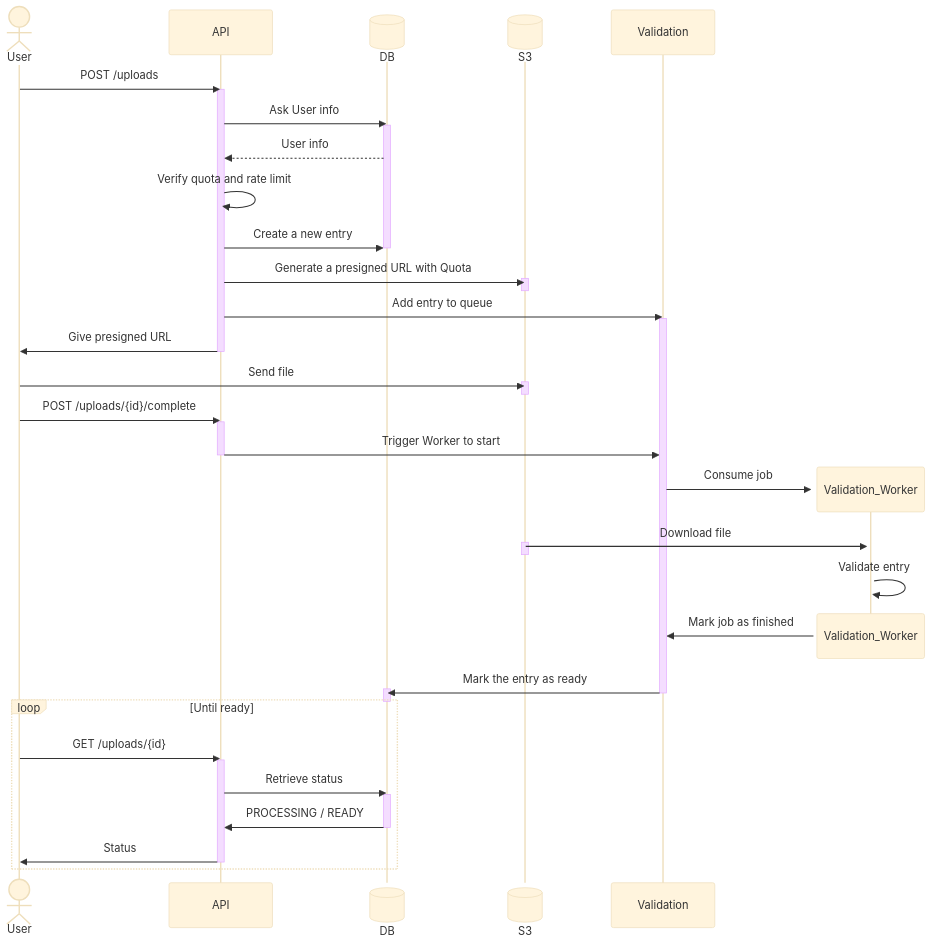
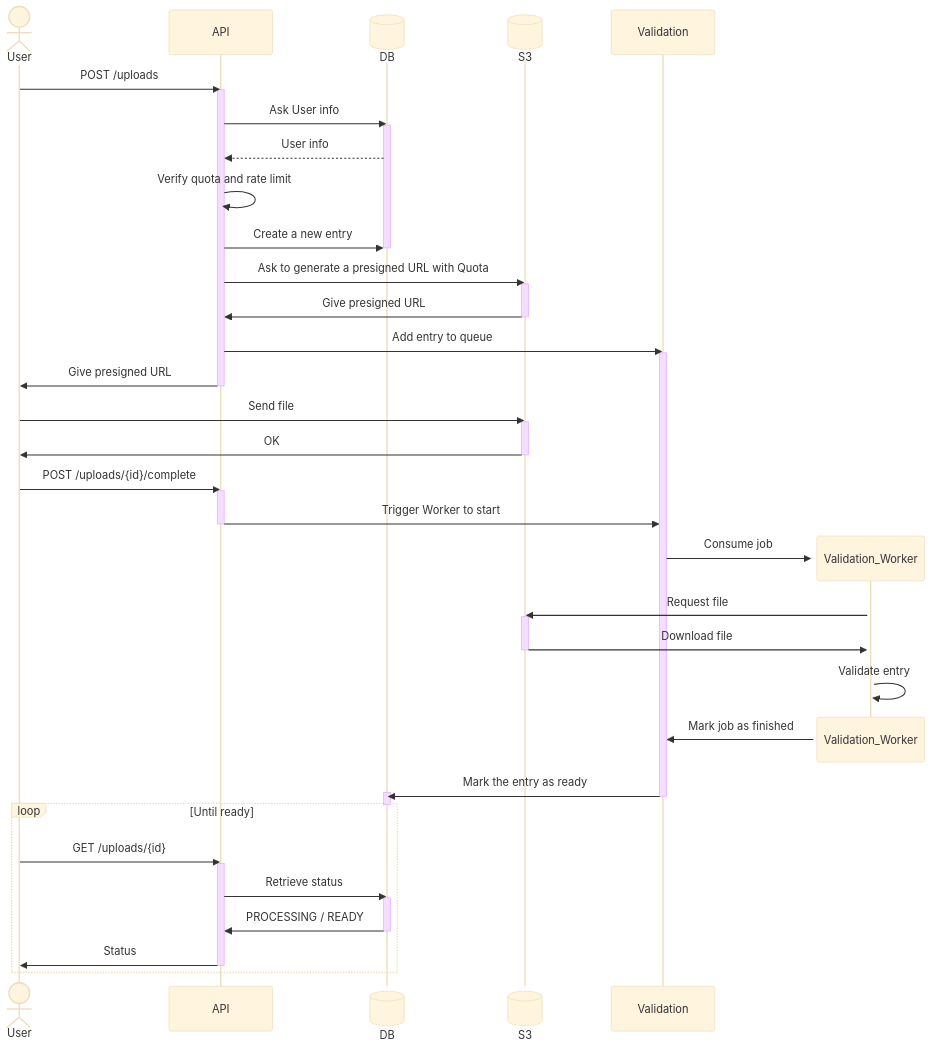
One commit to Raiders-io/Transcendence changed the second of 2 diagrams in ObjectStorage/Arch/arch.md. Above: the diagram before and after it, drawn with Mermaid (base theme). The commit also changed 1 other file, not shown here.

Commit message:
feat: add lesson.md and updated arch.md

````diff
--- a/ObjectStorage/Arch/arch.md
+++ b/ObjectStorage/Arch/arch.md
@@ -40,53 +40,56 @@
 ```mermaid
 sequenceDiagram
     actor User
     participant API_object as API
     participant DB@{ "type" : "database" }
     participant S3@{ "type" : "database" }
     participant Validation
     User->>API_object: POST /uploads
     activate API_object
     API_object->>DB: Ask User info
     activate DB
     DB-->>API_object: User info
     API_object->>API_object: Verify quota and rate limit
     API_object->>DB: Create a new entry
     deactivate DB
-    API_object->>S3: Generate a presigned URL with Quota
+    API_object->>S3: Ask to generate a presigned URL with Quota
     activate S3
+    S3->>API_object: Give presigned URL
     deactivate S3
     API_object->>Validation: Add entry to queue
     activate Validation
     API_object->>User: Give presigned URL
     deactivate API_object
         activate Validation_Worker
         User->>S3: Send file
         activate S3
+        S3->>User: OK
         deactivate S3
         User->>API_object: POST /uploads/{id}/complete
         activate API_object
         API_object->>Validation: Trigger Worker to start
         deactivate API_object
     create participant Validation_Worker
         Validation->>Validation_Worker: Consume job
+        Validation_Worker->>S3: Request file
+        activate S3
         S3->>Validation_Worker: Download file
-        activate S3
         deactivate S3
         Validation_Worker->>Validation_Worker: Validate entry
         destroy Validation_Worker
         Validation_Worker->>Validation: Mark job as finished
     Validation->>DB: Mark the entry as ready
     deactivate Validation
     activate DB
     deactivate DB
     loop Until ready
         User->>API_object: GET /uploads/{id}
         activate API_object
         API_object->>DB: Retrieve status
         activate DB
         DB->>API_object: PROCESSING / READY
         deactivate DB
         API_object->>User: Status
         deactivate API_object
     end
 ```
````
